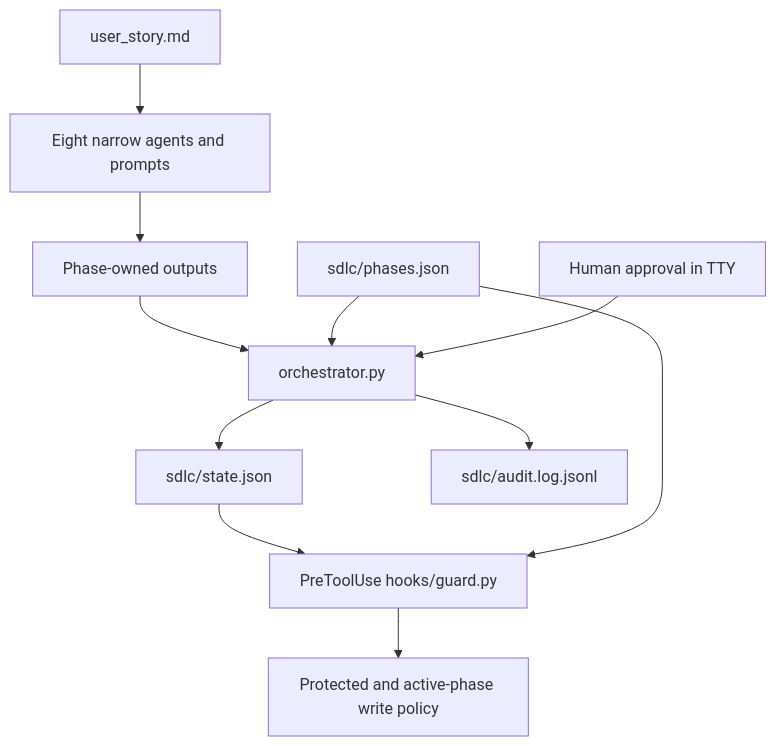
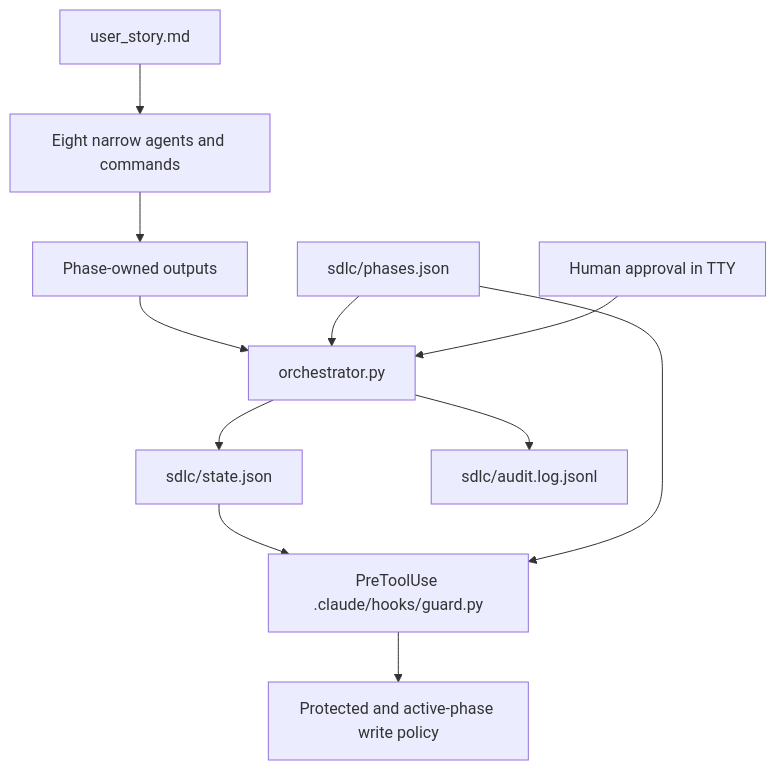
The second of 2 diagrams in README.md (asadkhan12346/claude-capstone), drawn with Mermaid before and after one commit. The commit also changed other lines of this file and 30 other files, not shown here.

First line of the commit message:
feat: rewrite agent/command/skill/hook bodies for Claude Code

````diff
--- a/README.md
+++ b/README.md
@@ -41,13 +41,13 @@
 ```mermaid
 flowchart TB
-	Story[user_story.md] --> Agents[Eight narrow agents and prompts]
+	Story[user_story.md] --> Agents[Eight narrow agents and commands]
 	Agents --> Owned[Phase-owned outputs]
 	Owned --> Orch[orchestrator.py]
 	Orch --> State[sdlc/state.json]
 	Orch --> Audit[sdlc/audit.log.jsonl]
-	Hook[PreToolUse hooks/guard.py] --> Scope[Protected and active-phase write policy]
+	Hook[PreToolUse .claude/hooks/guard.py] --> Scope[Protected and active-phase write policy]
 	State --> Hook
 	Manifest[sdlc/phases.json] --> Orch
 	Manifest --> Hook
 	Human[Human approval in TTY] --> Orch
 ```
````
